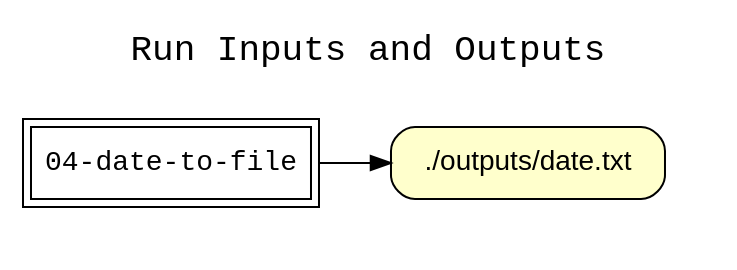
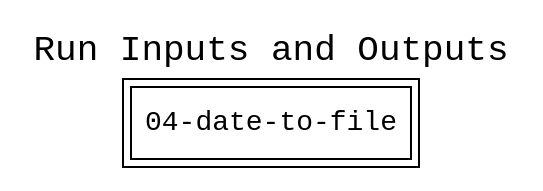
Before and after one commit to CIRSS/cpr: the diagram in examples/04-date-to-file/graphs/wt_run_inputs_outputs.dot, drawn with Graphviz. The commit also changed 45 other files, not shown here.

Commit message:
Update config file schema

```diff
--- a/examples/04-date-to-file/graphs/wt_run_inputs_outputs.dot
+++ b/examples/04-date-to-file/graphs/wt_run_inputs_outputs.dot
@@ -1,18 +1,16 @@
 
 digraph wt_run {
 rankdir=LR
 fontname=Courier; fontsize=18; labelloc=t
 label="Run Inputs and Outputs"
 node[shape=box style="filled" fillcolor="#FFFFFF" peripheries=2 fontname=Courier]
 "04-date-to-file"
 subgraph cluster_inputs { label=""; color=white; penwidth=0
 subgraph cluster_inputs_inner { label=""; color=white
 node[shape=box style="rounded,filled" fillcolor="#FFFFCC" peripheries=1 fontname=Helvetica]
 }}
 subgraph cluster_outputs { label=""; color=white; penwidth=0
 subgraph cluster_outputs_inner { label=""; color=white
 node[shape=box style="rounded,filled" fillcolor="#FFFFCC" peripheries=1 fontname=Helvetica]
-"output:./outputs/date.txt" [label="./outputs/date.txt"]
 }}
-"04-date-to-file" -> "output:./outputs/date.txt"
 }
```
